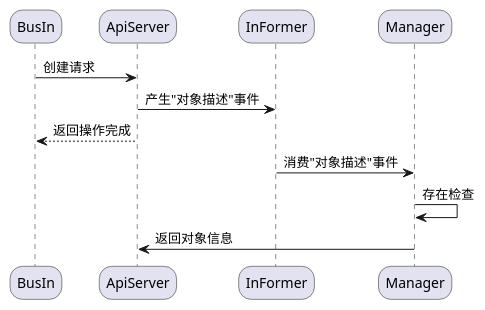
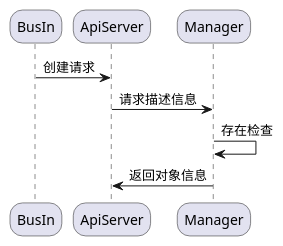
One commit to Faione/note changed the fifth of 7 diagrams in WorkNote/Agent设计v2/执行代理V0.2-重构-草稿.md. Above: the diagram before and after it, drawn with PlantUML. The commit also changed other lines of this file and 1 other file, not shown here.

````diff
--- a/WorkNote/Agent设计v2/执行代理V0.2-重构-草稿.md
+++ b/WorkNote/Agent设计v2/执行代理V0.2-重构-草稿.md
@@ -187,20 +190,17 @@
 ```plantuml
 @startuml
 skinparam roundCorner 25
 skinparam responseMessageBelowArrow true
 
 participant BusIn as f1
 participant ApiServer as f2
-participant InFormer as f3
-participant Manager as f4
+participant Manager as f3
 
 
 f1    ->     f2  :创建请求
-f2    ->     f3  :产生"对象描述"事件
-f2   -->     f1  :返回操作完成
-f3    ->     f4  :消费"对象描述"事件
-f4    ->     f4  :存在检查
-f4    ->     f2  :返回对象信息
+f2    ->     f3  :请求描述信息
+f3    ->     f3  :存在检查
+f3    ->     f2  :返回对象信息
 
 @enduml
 ```
````
